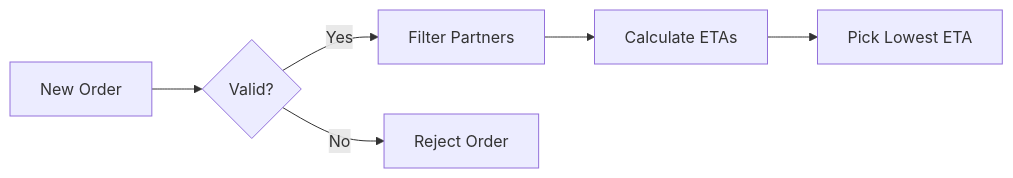
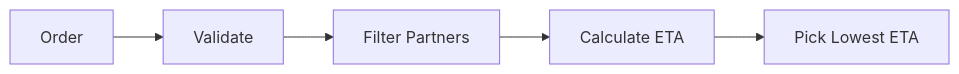
One commit to sunitazenith07-lang/ShuttleOps-Open-Source-Evaluation changed the diagram in ARCHITECTURE_TEMPLATE.md. Above: the diagram before and after it, drawn with Mermaid.

Commit message:
Simplify diagram in architecture template

````diff
--- a/ARCHITECTURE_TEMPLATE.md
+++ b/ARCHITECTURE_TEMPLATE.md
@@ -29,8 +29,4 @@
 ```mermaid
 flowchart LR
-    A[New Order] --> B{Valid?}
-    B -- Yes --> C[Filter Partners]
-    C --> D[Calculate ETAs]
-    D --> E[Pick Lowest ETA]
-    B -- No --> F[Reject Order]
+    A[Order] --> B[Validate] --> C[Filter Partners] --> D[Calculate ETA] --> E[Pick Lowest ETA]
 ```
````
